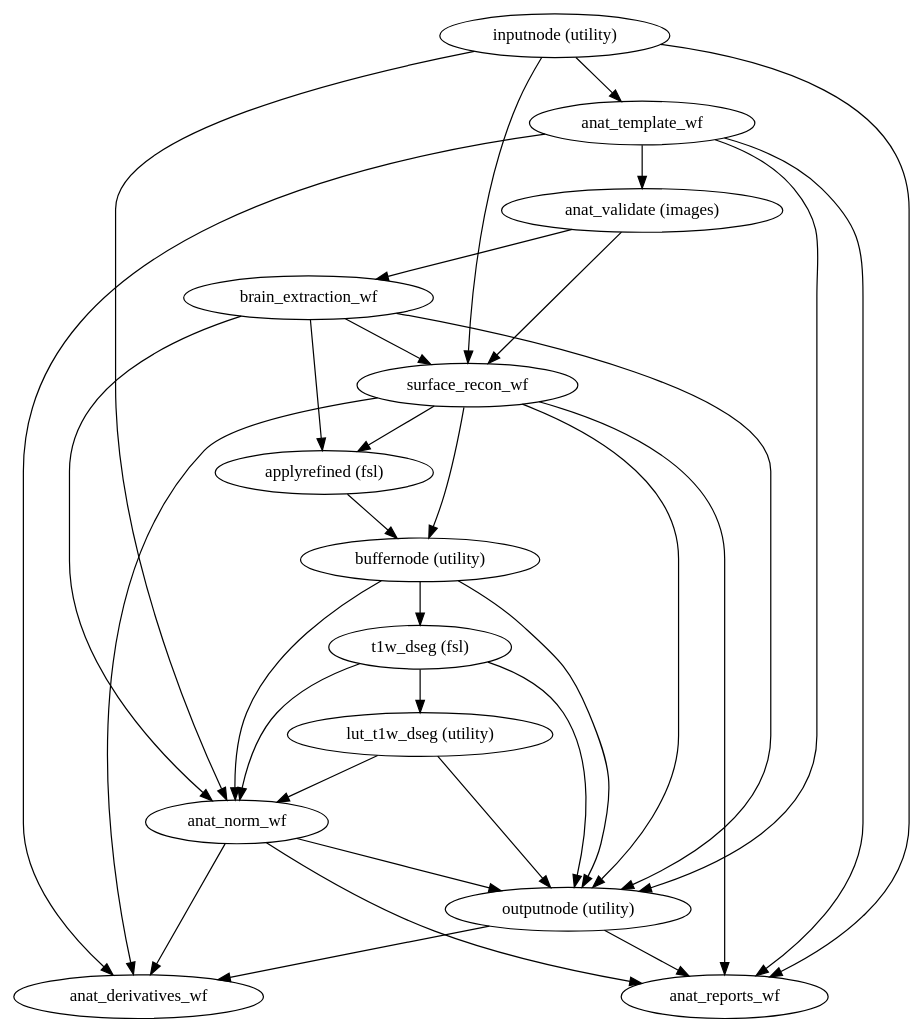
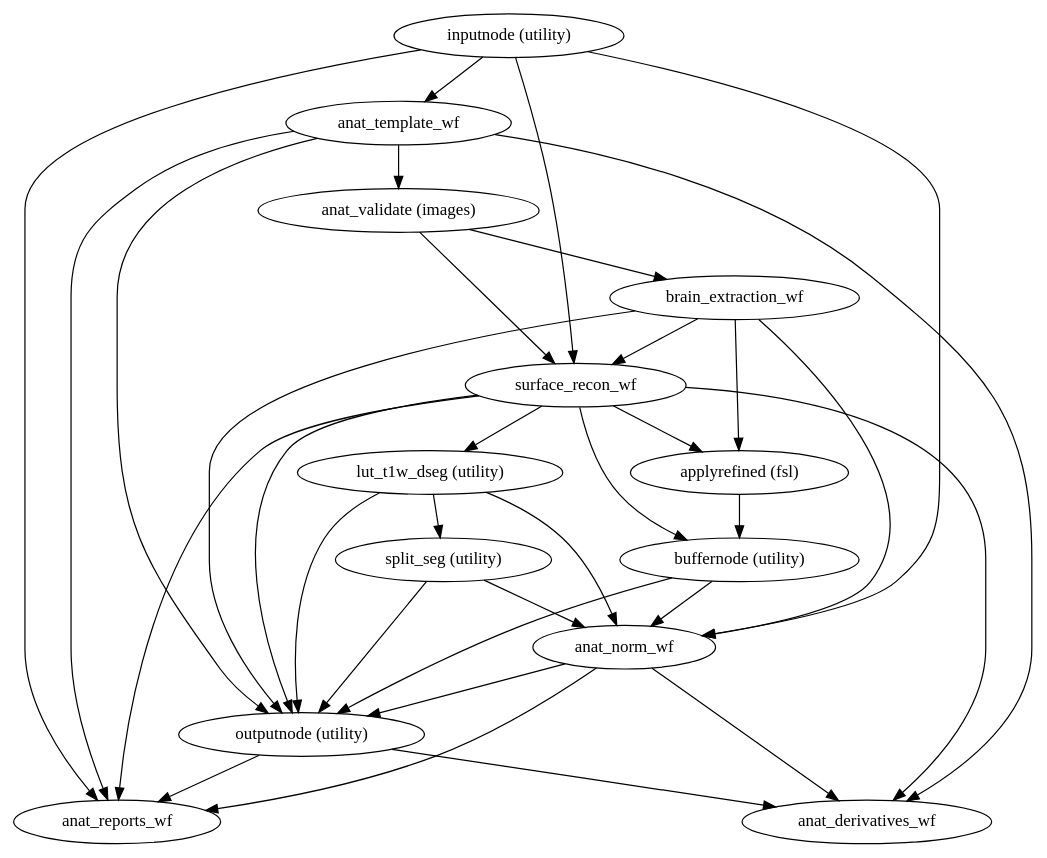
One commit to nuKs/smriprep changed the diagram in 0.4.0/wf_directive/api/anat_preproc_wf/smriprep-workflows-anatomical-1.dot. Above: the diagram before and after it, drawn with Graphviz. The commit also changed 1007 other files, not shown here.

```diff
--- a/0.4.0/wf_directive/api/anat_preproc_wf/smriprep-workflows-anatomical-1.dot
+++ b/0.4.0/wf_directive/api/anat_preproc_wf/smriprep-workflows-anatomical-1.dot
@@ -1,48 +1,48 @@
 strict digraph  {
 "outputnode (utility)";
 anat_reports_wf;
 anat_derivatives_wf;
-"buffernode (utility)";
-"t1w_dseg (fsl)";
-anat_norm_wf;
-"lut_t1w_dseg (utility)";
 "inputnode (utility)";
 anat_template_wf;
+anat_norm_wf;
 surface_recon_wf;
 "anat_validate (images)";
 brain_extraction_wf;
 "applyrefined (fsl)";
+"buffernode (utility)";
+"lut_t1w_dseg (utility)";
+"split_seg (utility)";
 "outputnode (utility)" -> anat_reports_wf;
 "outputnode (utility)" -> anat_derivatives_wf;
-"buffernode (utility)" -> "t1w_dseg (fsl)";
-"buffernode (utility)" -> "outputnode (utility)";
-"buffernode (utility)" -> anat_norm_wf;
-"t1w_dseg (fsl)" -> "lut_t1w_dseg (utility)";
-"t1w_dseg (fsl)" -> "outputnode (utility)";
-"t1w_dseg (fsl)" -> anat_norm_wf;
-anat_norm_wf -> "outputnode (utility)";
-anat_norm_wf -> anat_reports_wf;
-anat_norm_wf -> anat_derivatives_wf;
-"lut_t1w_dseg (utility)" -> "outputnode (utility)";
-"lut_t1w_dseg (utility)" -> anat_norm_wf;
 "inputnode (utility)" -> anat_template_wf;
 "inputnode (utility)" -> anat_norm_wf;
 "inputnode (utility)" -> anat_reports_wf;
 "inputnode (utility)" -> surface_recon_wf;
 anat_template_wf -> "anat_validate (images)";
 anat_template_wf -> "outputnode (utility)";
 anat_template_wf -> anat_reports_wf;
 anat_template_wf -> anat_derivatives_wf;
+anat_norm_wf -> "outputnode (utility)";
+anat_norm_wf -> anat_reports_wf;
+anat_norm_wf -> anat_derivatives_wf;
 surface_recon_wf -> "applyrefined (fsl)";
+surface_recon_wf -> "lut_t1w_dseg (utility)";
 surface_recon_wf -> "outputnode (utility)";
 surface_recon_wf -> "buffernode (utility)";
 surface_recon_wf -> anat_reports_wf;
 surface_recon_wf -> anat_derivatives_wf;
 "anat_validate (images)" -> brain_extraction_wf;
 "anat_validate (images)" -> surface_recon_wf;
 brain_extraction_wf -> "outputnode (utility)";
 brain_extraction_wf -> anat_norm_wf;
 brain_extraction_wf -> surface_recon_wf;
 brain_extraction_wf -> "applyrefined (fsl)";
 "applyrefined (fsl)" -> "buffernode (utility)";
+"buffernode (utility)" -> "outputnode (utility)";
+"buffernode (utility)" -> anat_norm_wf;
+"lut_t1w_dseg (utility)" -> anat_norm_wf;
+"lut_t1w_dseg (utility)" -> "outputnode (utility)";
+"lut_t1w_dseg (utility)" -> "split_seg (utility)";
+"split_seg (utility)" -> anat_norm_wf;
+"split_seg (utility)" -> "outputnode (utility)";
 }
```
